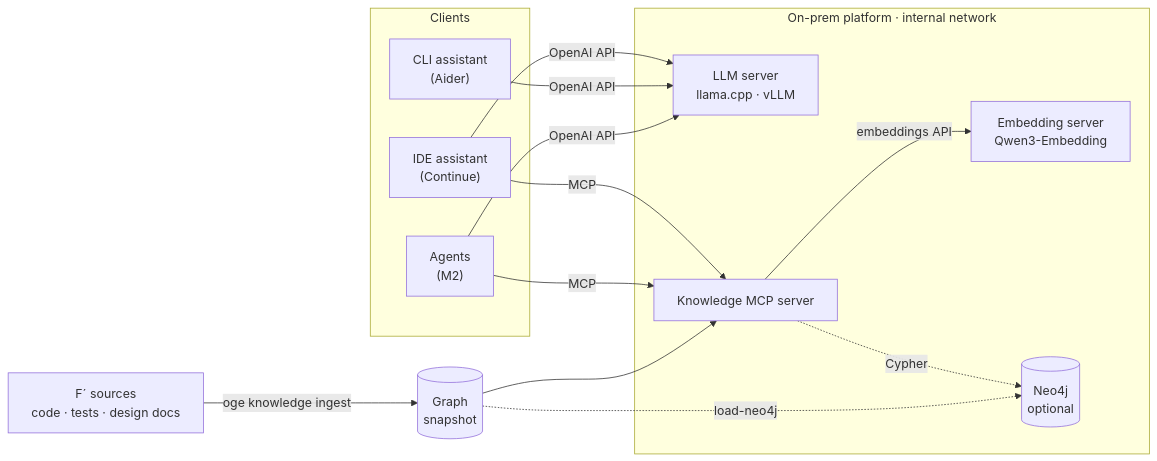
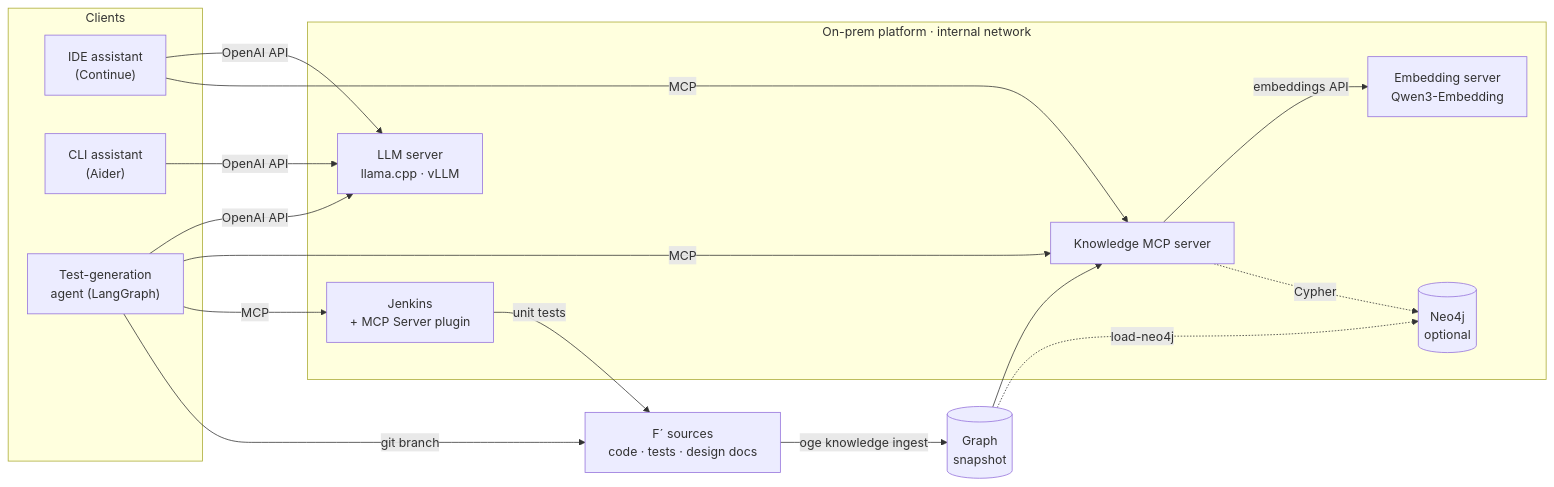
Before and after one commit to djihad-elhak/onprem-genai-embedded: the diagram in README.md, drawn with Mermaid. The commit also changed other lines of this file and 4 other files, not shown here.

Commit message:
docs: agent page, design decisions D12-D15, README (EN/FR) for the eval suite, agent and Jenkins CI

````diff
--- a/README.md
+++ b/README.md
@@ -91,24 +105,28 @@
 ```mermaid
 flowchart LR
   subgraph C[Clients]
     IDE["IDE assistant<br/>(Continue)"]
     CLI["CLI assistant<br/>(Aider)"]
-    AG["Agents<br/>(M2)"]
+    AG["Test-generation<br/>agent (LangGraph)"]
   end
   subgraph P["On-prem platform · internal network"]
     LLM["LLM server<br/>llama.cpp · vLLM"]
     MCP["Knowledge MCP server"]
     EMB["Embedding server<br/>Qwen3-Embedding"]
     NEO[("Neo4j<br/>optional")]
+    JEN["Jenkins<br/>+ MCP Server plugin"]
   end
   SRC["F´ sources<br/>code · tests · design docs"] -- "oge knowledge ingest" --> SNAP[("Graph<br/>snapshot")]
   IDE -- "OpenAI API" --> LLM
   CLI -- "OpenAI API" --> LLM
   AG -- "OpenAI API" --> LLM
   IDE -- "MCP" --> MCP
   AG -- "MCP" --> MCP
   SNAP --> MCP
   MCP -- "embeddings API" --> EMB
   MCP -. "Cypher" .-> NEO
   SNAP -. "load-neo4j" .-> NEO
+  AG -- "MCP" --> JEN
+  AG -- "git branch" --> SRC
+  JEN -- "unit tests" --> SRC
 ```
````
